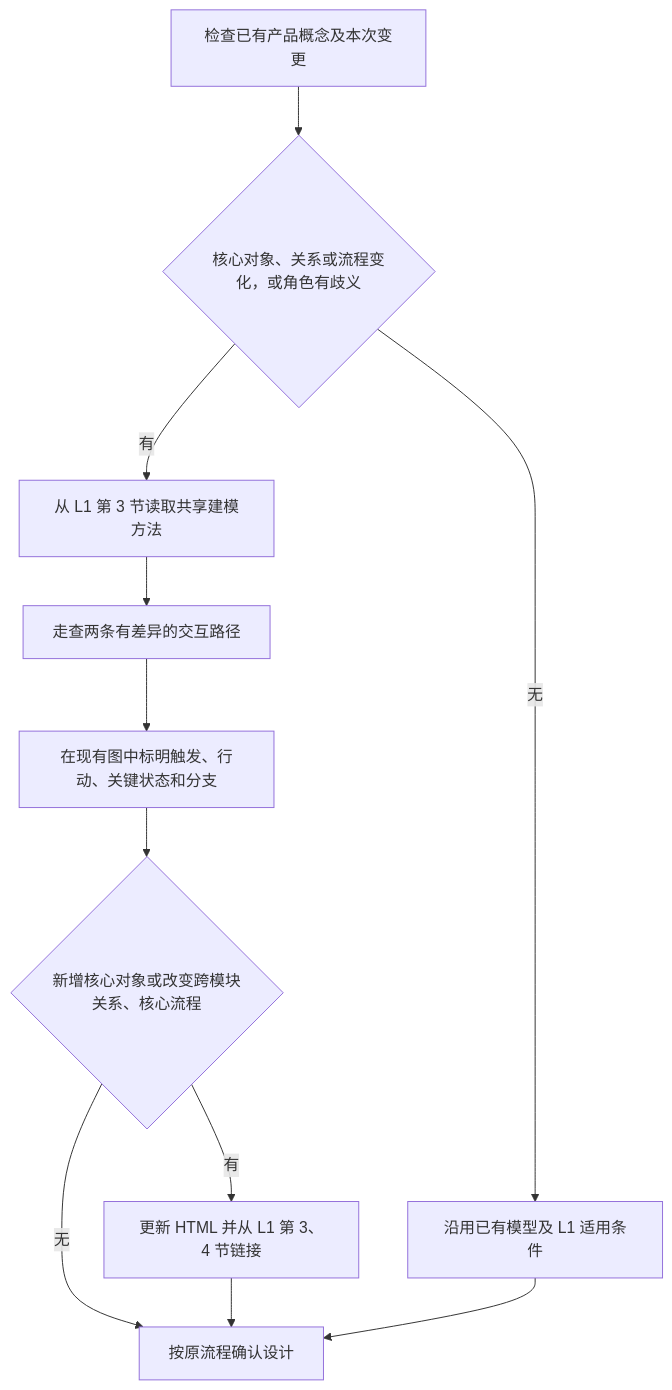
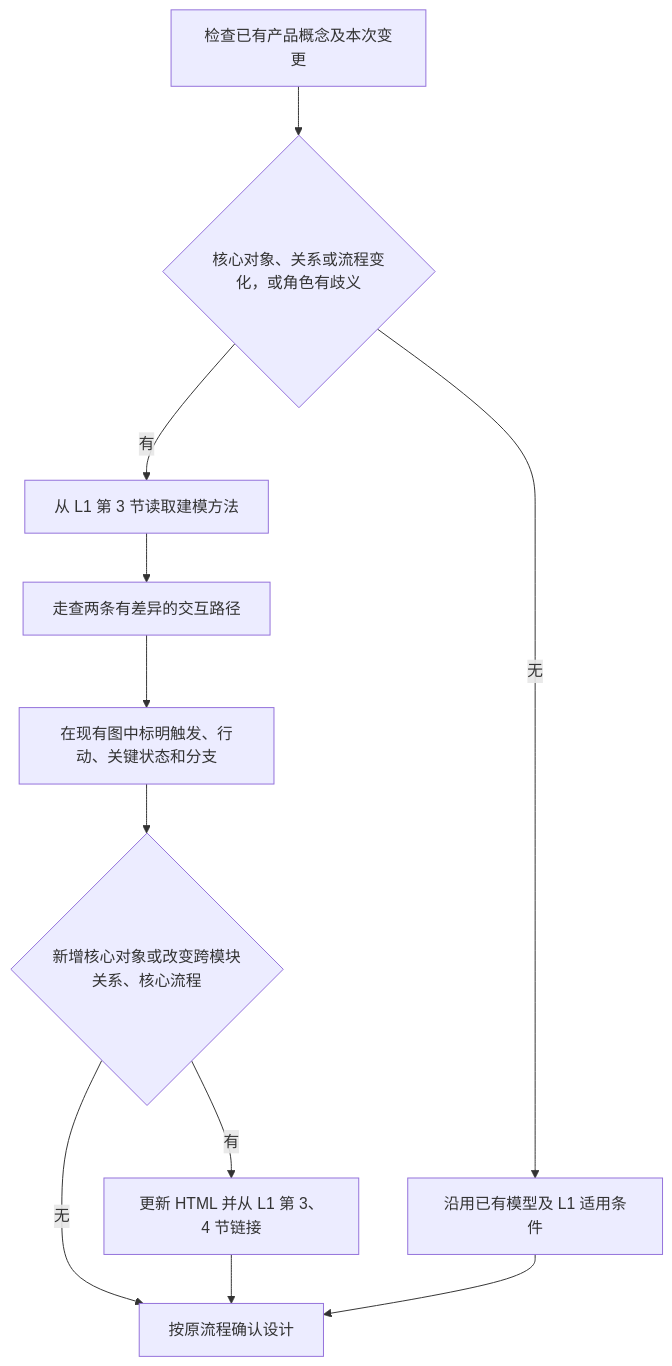
Before and after one commit to xforce-io/keel: the diagram in docs/design/62-product-ontology-method/product.md, drawn with Mermaid. The commit also changed other lines of this file and 2 other files, not shown here.

````diff
--- a/docs/design/62-product-ontology-method/product.md
+++ b/docs/design/62-product-ontology-method/product.md
@@ -21,13 +21,13 @@
 ```mermaid
 flowchart TD
   A[检查已有产品概念及本次变更] --> B{核心对象、关系或流程变化，或角色有歧义}
-  B -->|有| C[从 L1 第 3 节读取共享建模方法]
+  B -->|有| C[从 L1 第 3 节读取建模方法]
   C --> D[走查两条有差异的交互路径]
   D --> E[在现有图中标明触发、行动、关键状态和分支]
   B -->|无| F[沿用已有模型及 L1 适用条件]
   E --> H{新增核心对象或改变跨模块关系、核心流程}
   H -->|有| I[更新 HTML 并从 L1 第 3、4 节链接]
   H -->|无| G[按原流程确认设计]
   I --> G
   F --> G
 ```
````
